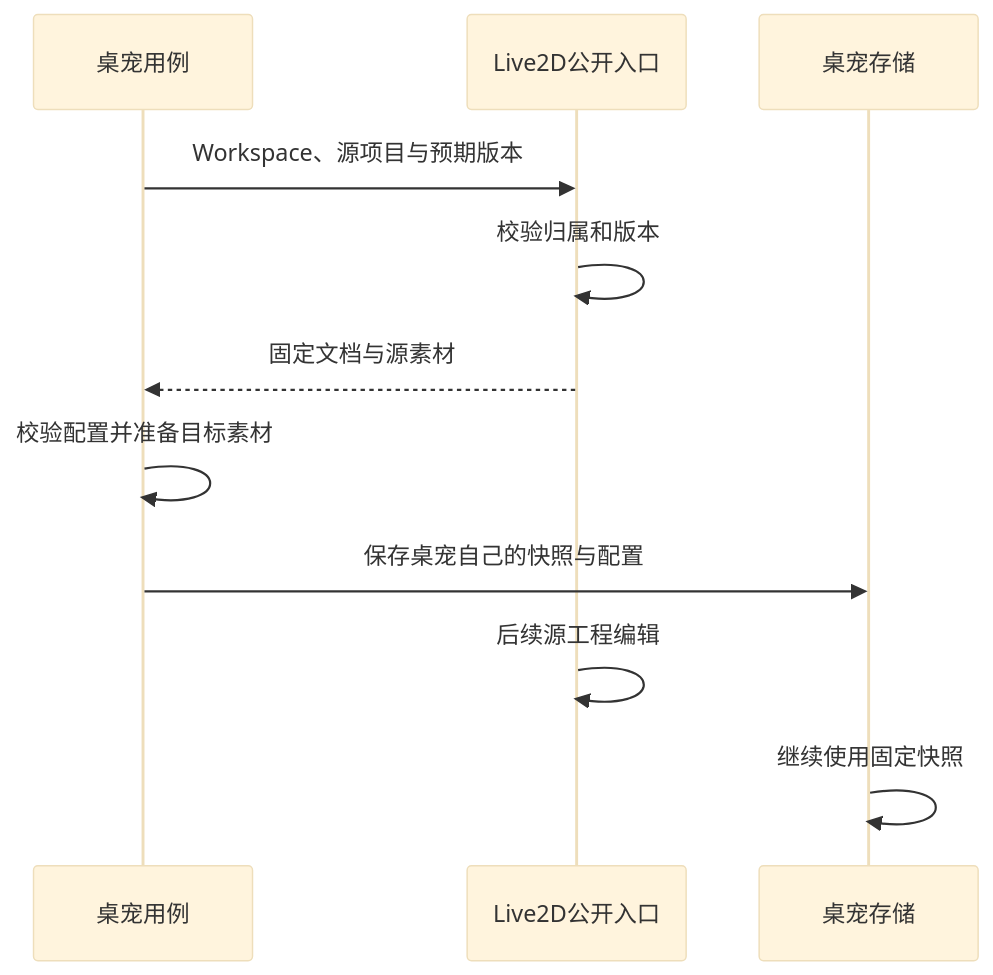
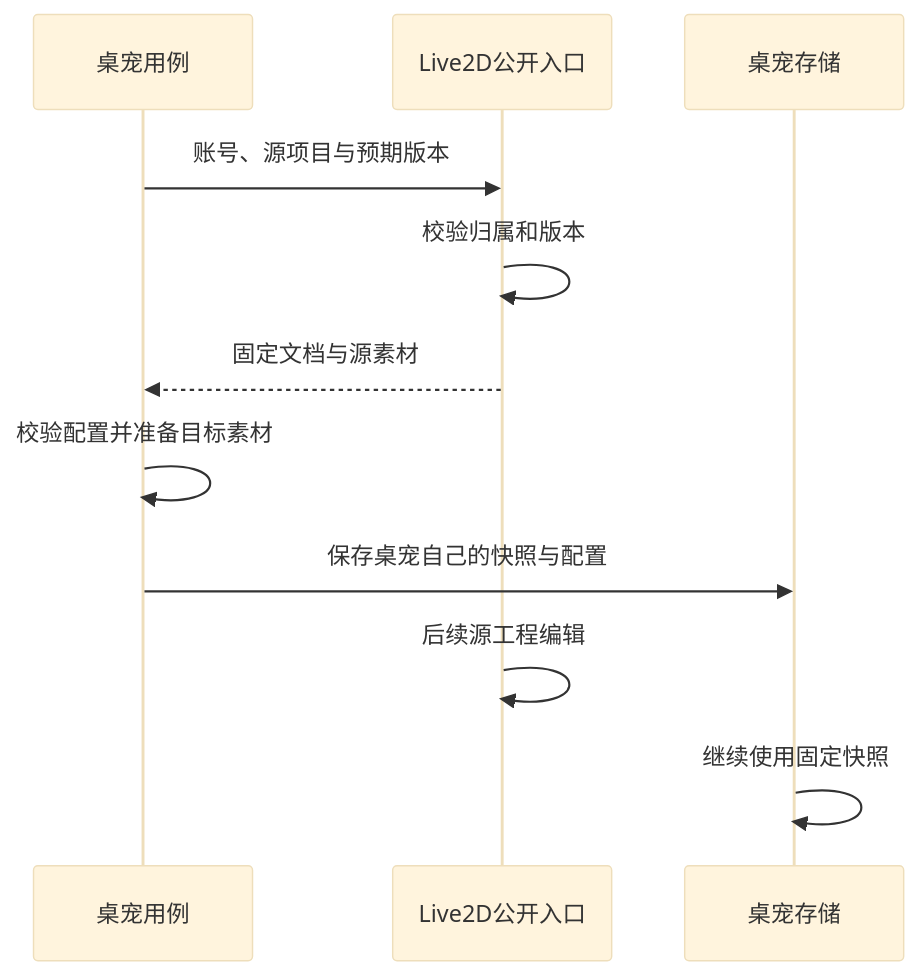
One commit to EmiyaredA/Future-Props-Lab changed the diagram in web/src/features/thought-workshop/official/content/technical/app-handoffs.md. Above: the diagram before and after it, drawn with Mermaid (base theme). The commit also changed other lines of this file and 721 other files, not shown here.

````diff
--- a/web/src/features/thought-workshop/official/content/technical/app-handoffs.md
+++ b/web/src/features/thought-workshop/official/content/technical/app-handoffs.md
@@ -23,13 +23,13 @@
 ```mermaid
 sequenceDiagram
   participant P as 桌宠用例
   participant L as Live2D公开入口
   participant S as 桌宠存储
-  P->>L: Workspace、源项目与预期版本
+  P->>L: 账号、源项目与预期版本
   L->>L: 校验归属和版本
   L-->>P: 固定文档与源素材
   P->>P: 校验配置并准备目标素材
   P->>S: 保存桌宠自己的快照与配置
   L->>L: 后续源工程编辑
   S->>S: 继续使用固定快照
 ```
````
